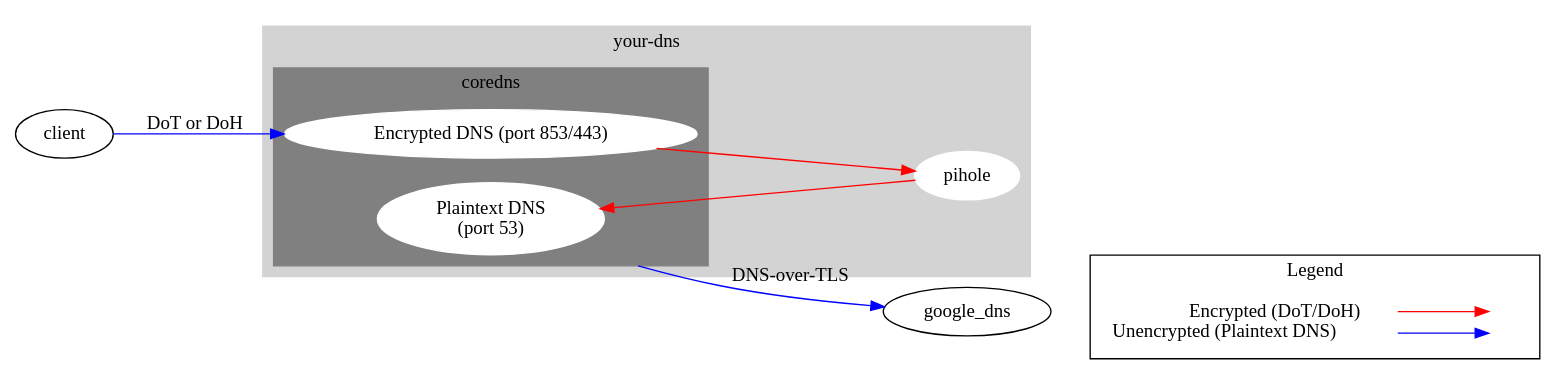
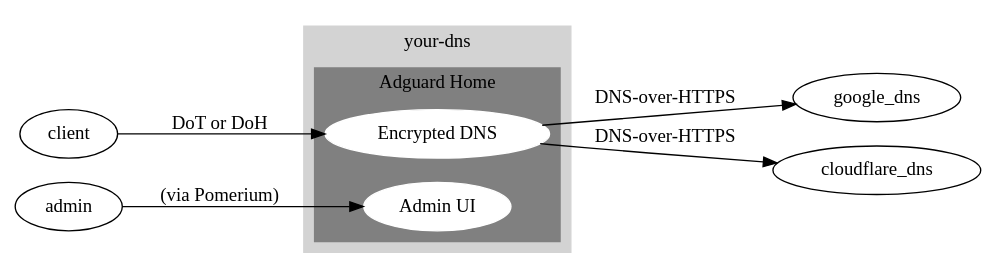
The diagram in graph.dot (yegle/your-dns), drawn with Graphviz before and after one commit. The commit also changed 5 other files, not shown here.

Commit message:
Use Adguard Home instead of Pihole+CoreDNS.

```diff
--- a/graph.dot
+++ b/graph.dot
@@ -1,39 +1,23 @@
 digraph G {
   rankdir=LR;
   compound=true;
   subgraph cluster_0 {
     style=filled;
     color=lightgrey;
     node [style=filled,color=white];
     label = "your-dns";
     subgraph cluster_2 {
         style=filled;
         color=grey;
-        label="coredns"
-        coredns_encrypted [label="Encrypted DNS (port 853/443)"];
-        coredns_DNS [label="Plaintext DNS\n(port 53)"];
+        label="Adguard Home"
+        adguard_admin [label="Admin UI"];
+        adguard_dns [label="Encrypted DNS"];
     }
-    pihole;
   }
-  subgraph cluster_3 {
-      label="Legend";
-      node [shape="plaintext"];
-    key [label=<<table border="0" cellpadding="0" cellspacing="0" cellborder="0">
-      <tr><td align="right" port="i1">Encrypted (DoT/DoH)</td></tr>
-      <tr><td align="right" port="i2">Unencrypted (Plaintext DNS)</td></tr>
-      </table>>]
-    key2 [label=<<table border="0" cellpadding="0" cellspacing="0" cellborder="0">
-      <tr><td port="i1">&nbsp;</td></tr>
-      <tr><td port="i2">&nbsp;</td></tr>
-      </table>>]
-    key:i1:e -> key2:i1:w [color=red]
-    key:i2:e -> key2:i2:w [color=blue]
-  }
-  client -> coredns_encrypted [label="DoT or DoH", color="blue"];
+  client -> adguard_dns [label="DoT or DoH"];
 
-  coredns_encrypted -> pihole [color="red"];
-  pihole -> coredns_DNS [color="red"];
+  admin -> adguard_admin [label="(via Pomerium)"];
 
-  coredns_DNS -> google_dns [label="DNS-over-TLS", ltail=cluster_2, color="blue"];
-  google_dns -> key:i1:w [style="invis"];
+  adguard_dns -> google_dns [label="DNS-over-HTTPS"];
+  adguard_dns -> cloudflare_dns [label="DNS-over-HTTPS"];
 }
```
